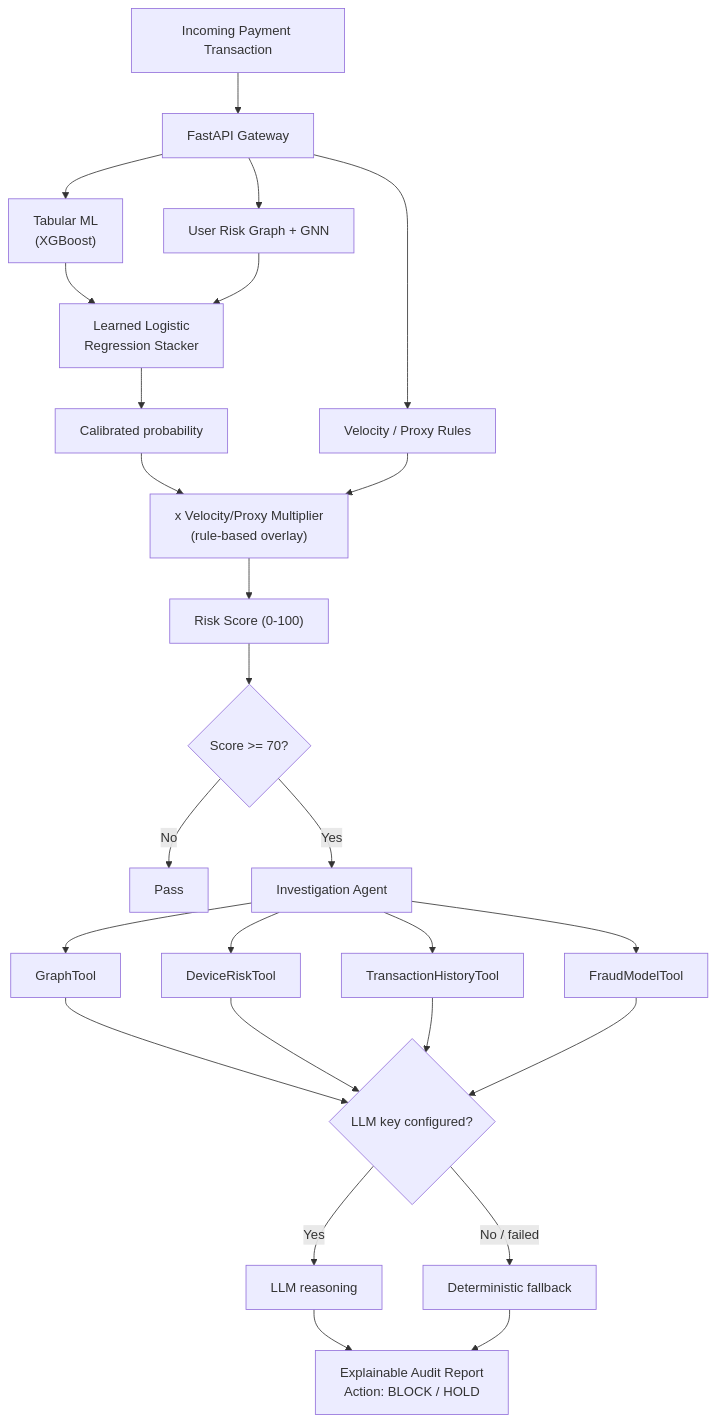
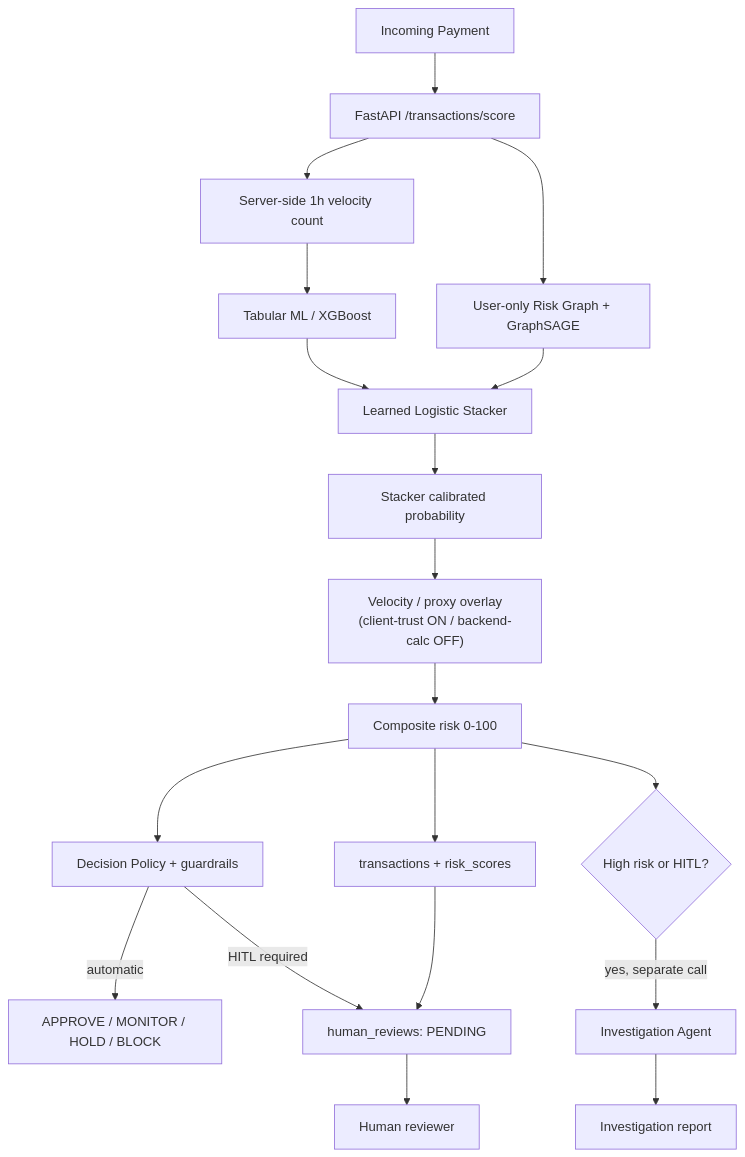
Before and after one commit to Dikshu015/RazorRisk-Agentic-AI-Payment-Fraud-Risk-Investigation-Platform: the third of 4 diagrams in PROJECT_WORKFLOW.md, drawn with Mermaid. The commit also changed other lines of this file, not shown here.

````diff
--- a/PROJECT_WORKFLOW.md
+++ b/PROJECT_WORKFLOW.md
@@ -42,36 +63,21 @@
 ```mermaid
 flowchart TD
-    TXN["Incoming Payment Transaction"] --> GW["FastAPI Gateway"]
-
-    GW --> TAB["Tabular ML<br/>(XGBoost)"]
-    GW --> GNN["User Risk Graph + GNN"]
-    GW --> RULES["Velocity / Proxy Rules"]
-
-    TAB --> STACK["Learned Logistic<br/>Regression Stacker"]
+    TXN["Incoming Payment"] --> GW["FastAPI /transactions/score"]
+    GW --> VEL["Server-side 1h velocity count"]
+    VEL --> TAB["Tabular ML / XGBoost"]
+    GW --> GNN["User-only Risk Graph + GraphSAGE"]
+    TAB --> STACK["Learned Logistic Stacker"]
     GNN --> STACK
-
-    STACK --> CAL["Calibrated probability"]
-    CAL --> MULT["x Velocity/Proxy Multiplier<br/>(rule-based overlay)"]
-    RULES --> MULT
-    MULT --> SCORE["Risk Score (0-100)"]
-
-    SCORE --> Q{"Score >= 70?"}
-    Q -- No --> PASS["Pass"]
-    Q -- Yes --> AGENT["Investigation Agent"]
-
-    AGENT --> T1["GraphTool"]
-    AGENT --> T2["DeviceRiskTool"]
-    AGENT --> T3["TransactionHistoryTool"]
-    AGENT --> T4["FraudModelTool"]
-
-    T1 --> DECIDE{"LLM key configured?"}
-    T2 --> DECIDE
-    T3 --> DECIDE
-    T4 --> DECIDE
-
-    DECIDE -- Yes --> LLMR["LLM reasoning"]
-    DECIDE -- "No / failed" --> DETR["Deterministic fallback"]
-
-    LLMR --> REPORT["Explainable Audit Report<br/>Action: BLOCK / HOLD"]
-    DETR --> REPORT
+    STACK --> CAL["Stacker calibrated probability"]
+    CAL --> MULT["Velocity / proxy overlay<br/>(client-trust ON / backend-calc OFF)"]
+    MULT --> SCORE["Composite risk 0-100"]
+    SCORE --> POLICY["Decision Policy + guardrails"]
+    POLICY -->|automatic| DECIDE["APPROVE / MONITOR / HOLD / BLOCK"]
+    POLICY -->|HITL required| QUEUE["human_reviews: PENDING"]
+    QUEUE --> REVIEW["Human reviewer"]
+    SCORE --> PERSIST["transactions + risk_scores"]
+    PERSIST --> QUEUE
+    SCORE --> INV{"High risk or HITL?"}
+    INV -->|yes, separate call| AGENT["Investigation Agent"]
+    AGENT --> REPORT["Investigation report"]
 ```
````
